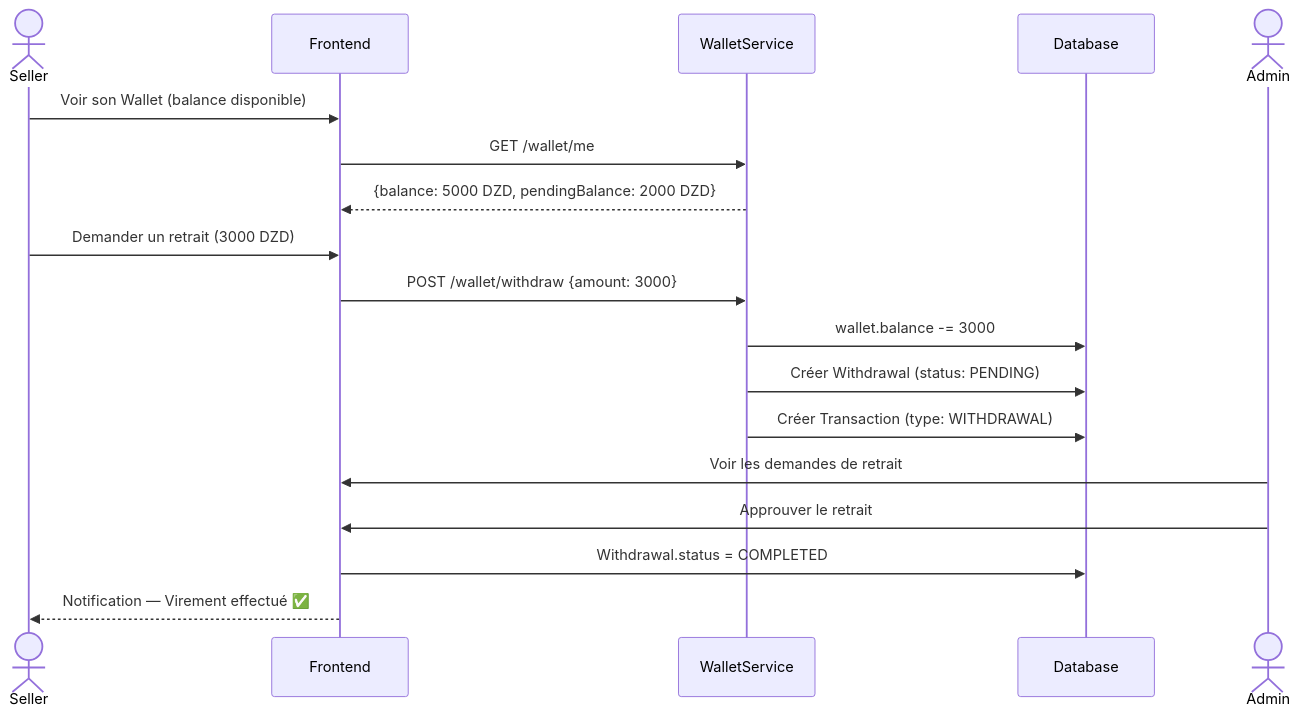
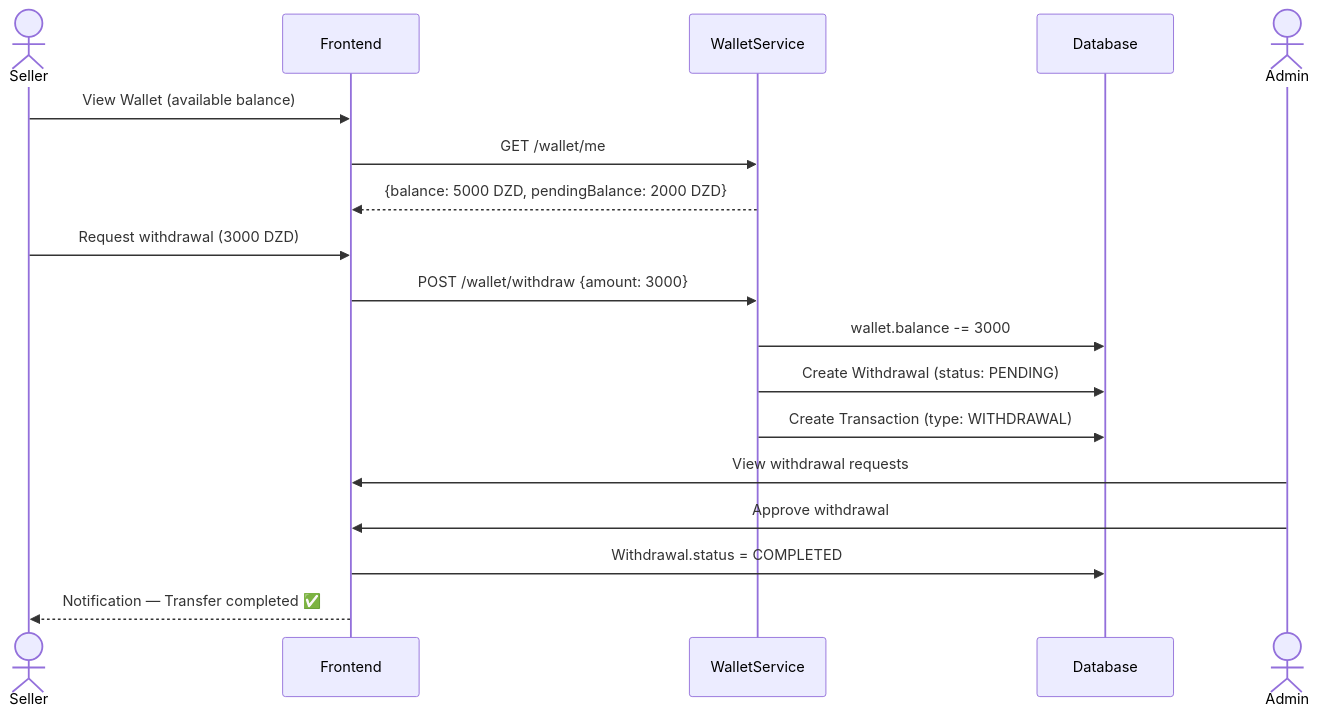
The sixth of 7 diagrams in presentation_medishop.md (tayeb736/prohect12), drawn with Mermaid before and after one commit. The commit also changed other lines of this file and 5 other files, not shown here.

````diff
--- a/presentation_medishop.md
+++ b/presentation_medishop.md
@@ -732,23 +178,23 @@
 ```mermaid
 sequenceDiagram
   actor Seller
   participant Frontend
   participant WalletService
   participant Database
   actor Admin
 
-  Seller->>Frontend: Voir son Wallet (balance disponible)
+  Seller->>Frontend: View Wallet (available balance)
   Frontend->>WalletService: GET /wallet/me
   WalletService-->>Frontend: {balance: 5000 DZD, pendingBalance: 2000 DZD}
 
-  Seller->>Frontend: Demander un retrait (3000 DZD)
+  Seller->>Frontend: Request withdrawal (3000 DZD)
   Frontend->>WalletService: POST /wallet/withdraw {amount: 3000}
   WalletService->>Database: wallet.balance -= 3000
-  WalletService->>Database: Créer Withdrawal (status: PENDING)
-  WalletService->>Database: Créer Transaction (type: WITHDRAWAL)
+  WalletService->>Database: Create Withdrawal (status: PENDING)
+  WalletService->>Database: Create Transaction (type: WITHDRAWAL)
 
-  Admin->>Frontend: Voir les demandes de retrait
-  Admin->>Frontend: Approuver le retrait
+  Admin->>Frontend: View withdrawal requests
+  Admin->>Frontend: Approve withdrawal
   Frontend->>Database: Withdrawal.status = COMPLETED
-  Frontend-->>Seller: Notification — Virement effectué ✅
+  Frontend-->>Seller: Notification — Transfer completed ✅
 ```
````
